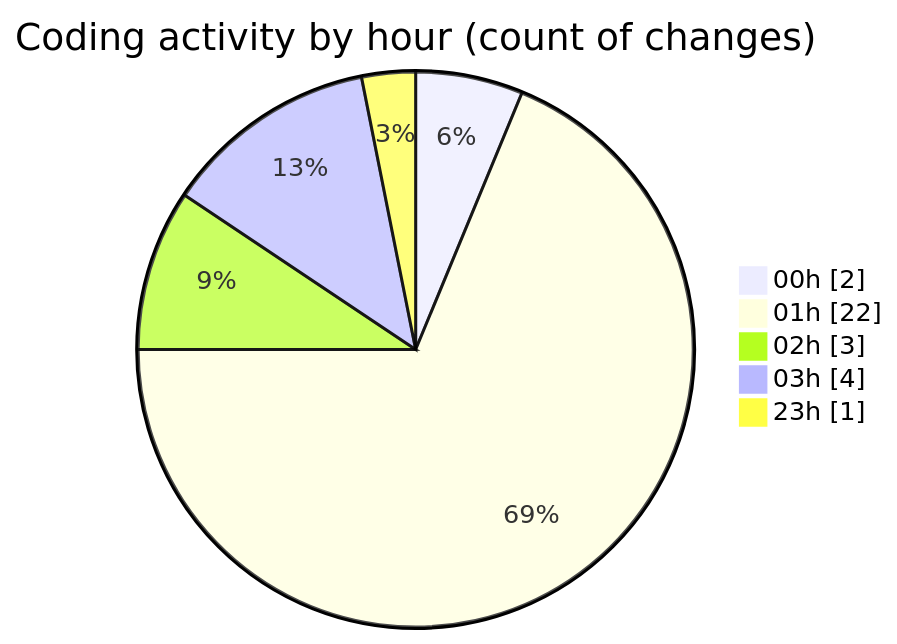
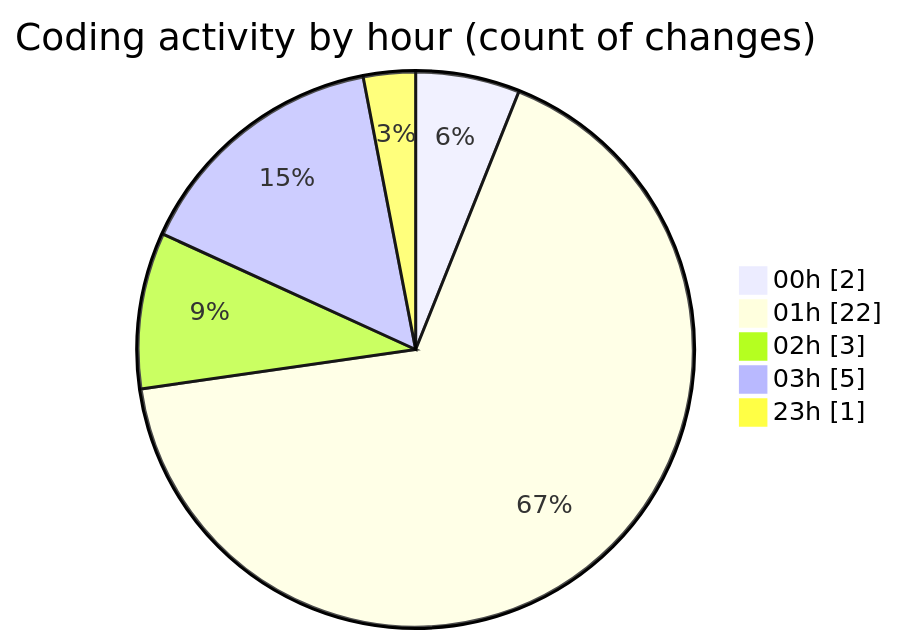
Before and after one commit to lephambinh05/code-tracking: the second of 2 diagrams in 2025-07-19/nhahang/README.md, drawn with Mermaid. The commit also changed other lines of this file and 1 other file, not shown here.

````diff
--- a/2025-07-19/nhahang/README.md
+++ b/2025-07-19/nhahang/README.md
@@ -42,9 +42,9 @@
 ```mermaid
 pie showData
 title Coding activity by hour (count of changes)
 "00h" : 2
 "01h" : 22
 "02h" : 3
-"03h" : 4
+"03h" : 5
 "23h" : 1
 ```
````
